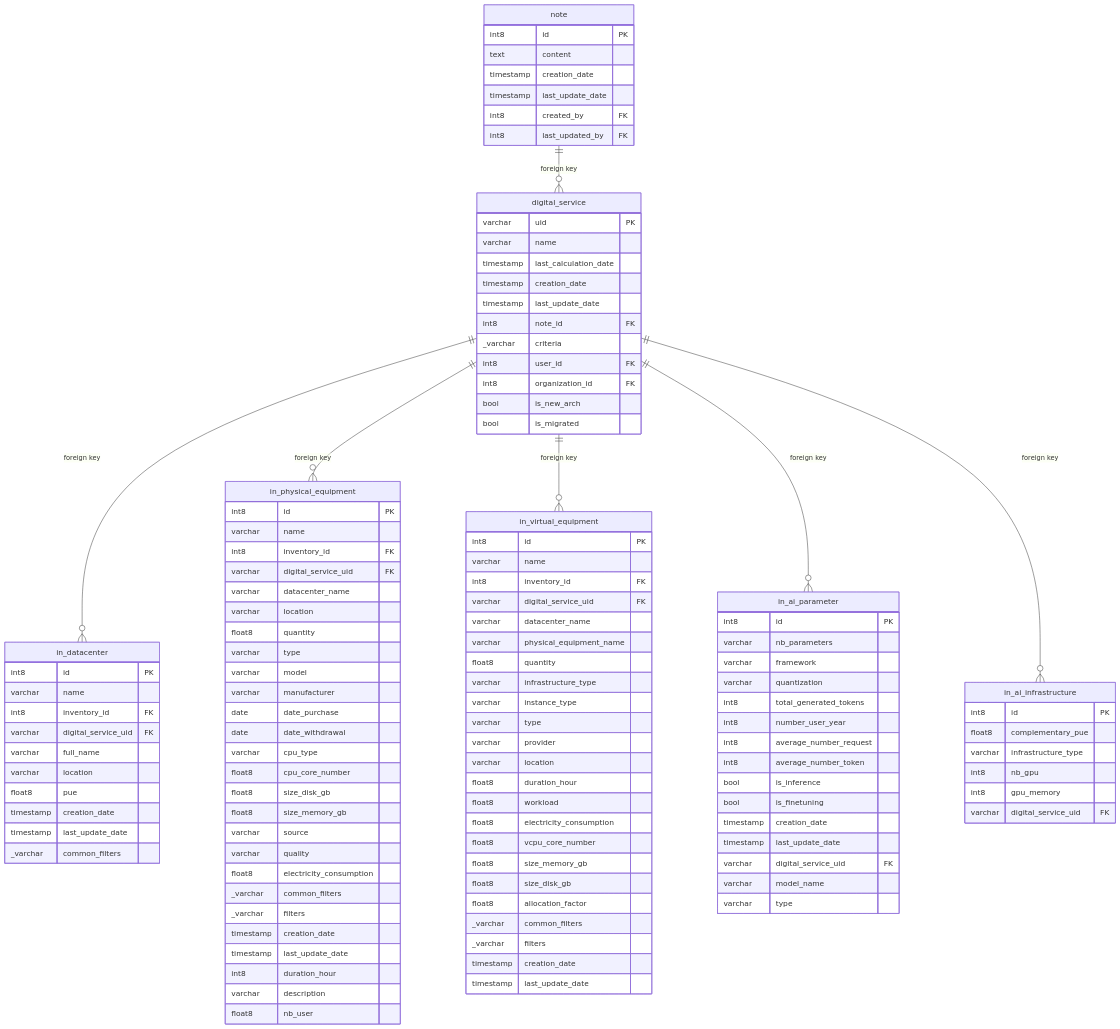
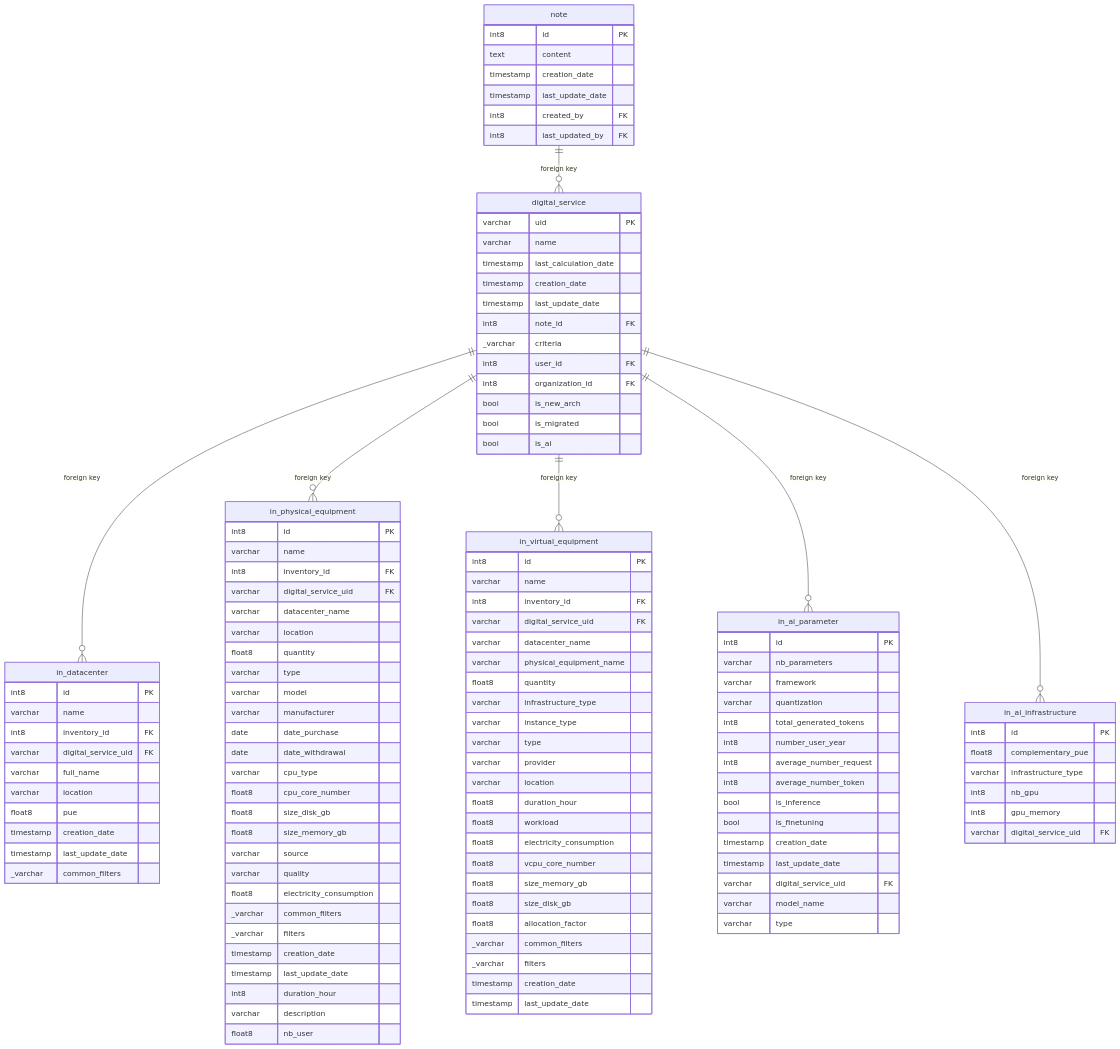
Before and after one commit to teamg4it/g4it: the diagram in services/documentation/content/3-technical-documentation/6-ecomind/backend/db/digital_service_input/_index.md, drawn with Mermaid. The commit also changed other lines of this file and 1 other file, not shown here.

```diff
--- a/services/documentation/content/3-technical-documentation/6-ecomind/backend/db/digital_service_input/_index.md
+++ b/services/documentation/content/3-technical-documentation/6-ecomind/backend/db/digital_service_input/_index.md
@@ -28,6 +28,7 @@
     int8 organization_id FK
     bool is_new_arch
     bool is_migrated
+    bool is_ai
   }
   in_datacenter {
     int8 id PK
```
